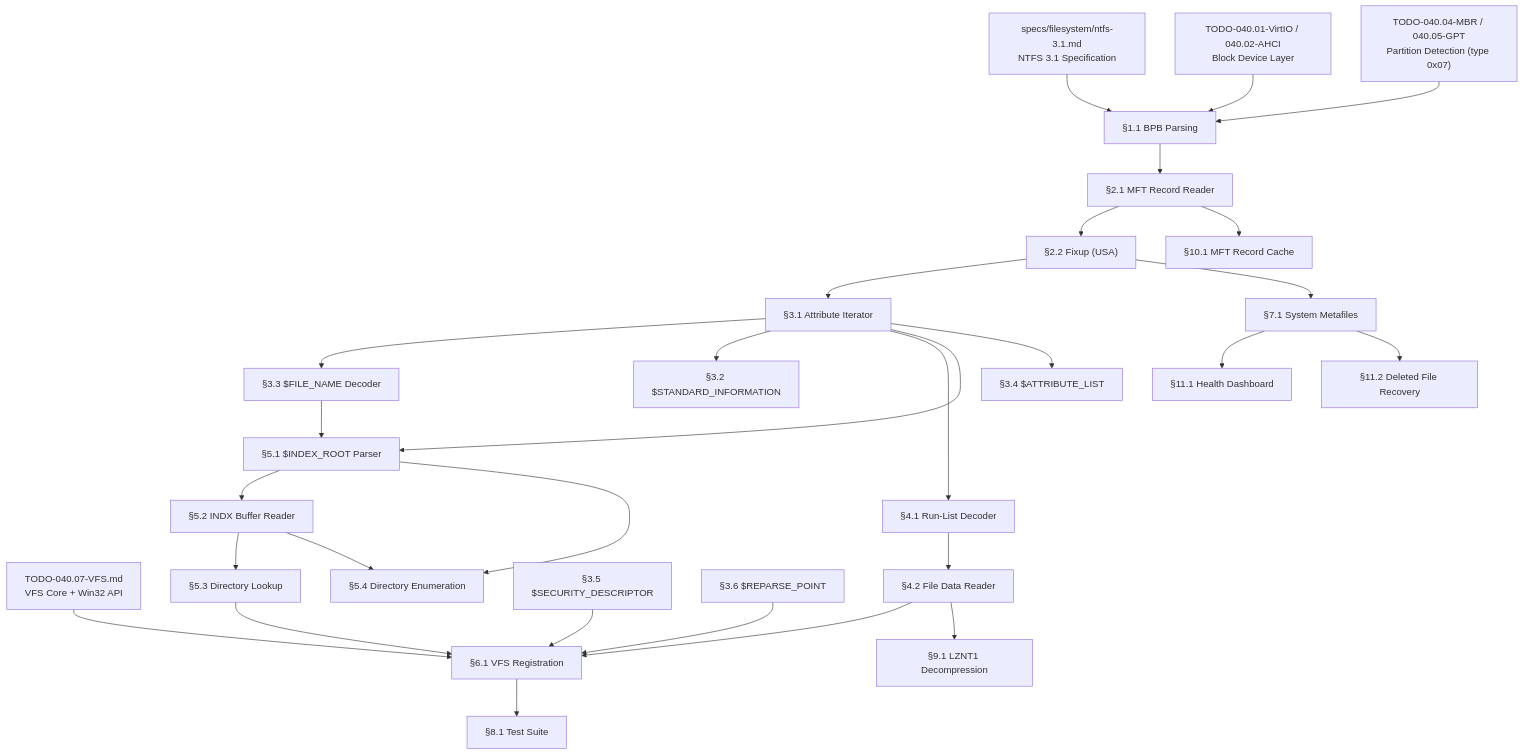
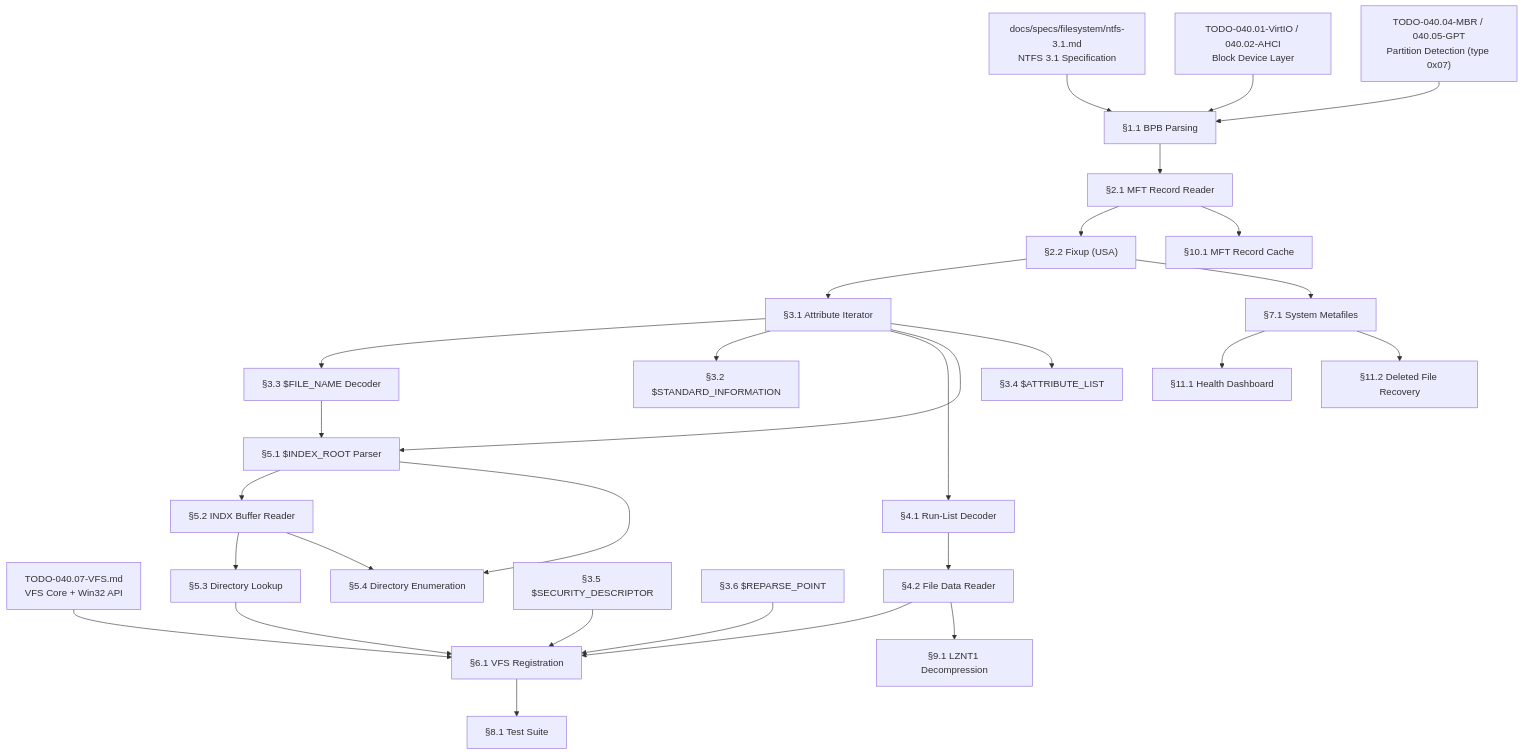
Before and after one commit to rizonesoft/impossible-os: the diagram in todo/010-Kernel-Foundations/TODO-040-Filesystem/TODO-040.08-NTFS.md, drawn with Mermaid. The commit also changed other lines of this file and 54 other files, not shown here.

````diff
--- a/todo/010-Kernel-Foundations/TODO-040-Filesystem/TODO-040.08-NTFS.md
+++ b/todo/010-Kernel-Foundations/TODO-040-Filesystem/TODO-040.08-NTFS.md
@@ -39,59 +39,59 @@
 ```mermaid
 graph TD
-    SPEC["specs/filesystem/ntfs-3.1.md<br/>NTFS 3.1 Specification"]
+    SPEC["docs/specs/filesystem/ntfs-3.1.md<br/>NTFS 3.1 Specification"]
     BLK["TODO-040.01-VirtIO / 040.02-AHCI<br/>Block Device Layer"]
     PART["TODO-040.04-MBR / 040.05-GPT<br/>Partition Detection (type 0x07)"]
     VFS["TODO-040.07-VFS.md<br/>VFS Core + Win32 API"]
 
     A["§1.1 BPB Parsing"]
     B["§2.1 MFT Record Reader"]
     C["§2.2 Fixup (USA)"]
     D["§3.1 Attribute Iterator"]
     E["§3.3 $FILE_NAME Decoder"]
     F["§3.2 $STANDARD_INFORMATION"]
     G["§4.1 Run-List Decoder"]
     H["§4.2 File Data Reader"]
     I["§5.1 $INDEX_ROOT Parser"]
     J["§5.2 INDX Buffer Reader"]
     K["§5.3 Directory Lookup"]
     L["§6.1 VFS Registration"]
     M["§3.4 $ATTRIBUTE_LIST"]
     N["§3.5 $SECURITY_DESCRIPTOR"]
     O["§3.6 $REPARSE_POINT"]
     P["§5.4 Directory Enumeration"]
     Q["§7.1 System Metafiles"]
     R["§9.1 LZNT1 Decompression"]
     S["§10.1 MFT Record Cache"]
     T["§8.1 Test Suite"]
     U["§11.1 Health Dashboard"]
     V["§11.2 Deleted File Recovery"]
 
     SPEC --> A
     BLK --> A
     PART --> A
     A --> B
     B --> C
     C --> D
     D --> E
     D --> F
     D --> G
     G --> H
     E --> I
     D --> I
     I --> J
     J --> K
     K --> L
     H --> L
     VFS --> L
     D --> M
     N --> L
     O --> L
     I --> P
     J --> P
     C --> Q
     H --> R
     B --> S
     L --> T
     Q --> U
     Q --> V
 ```
````
